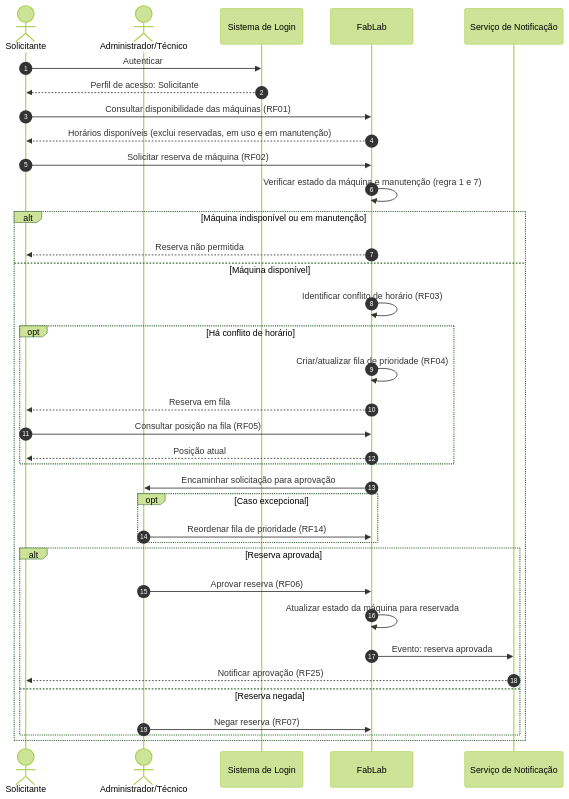
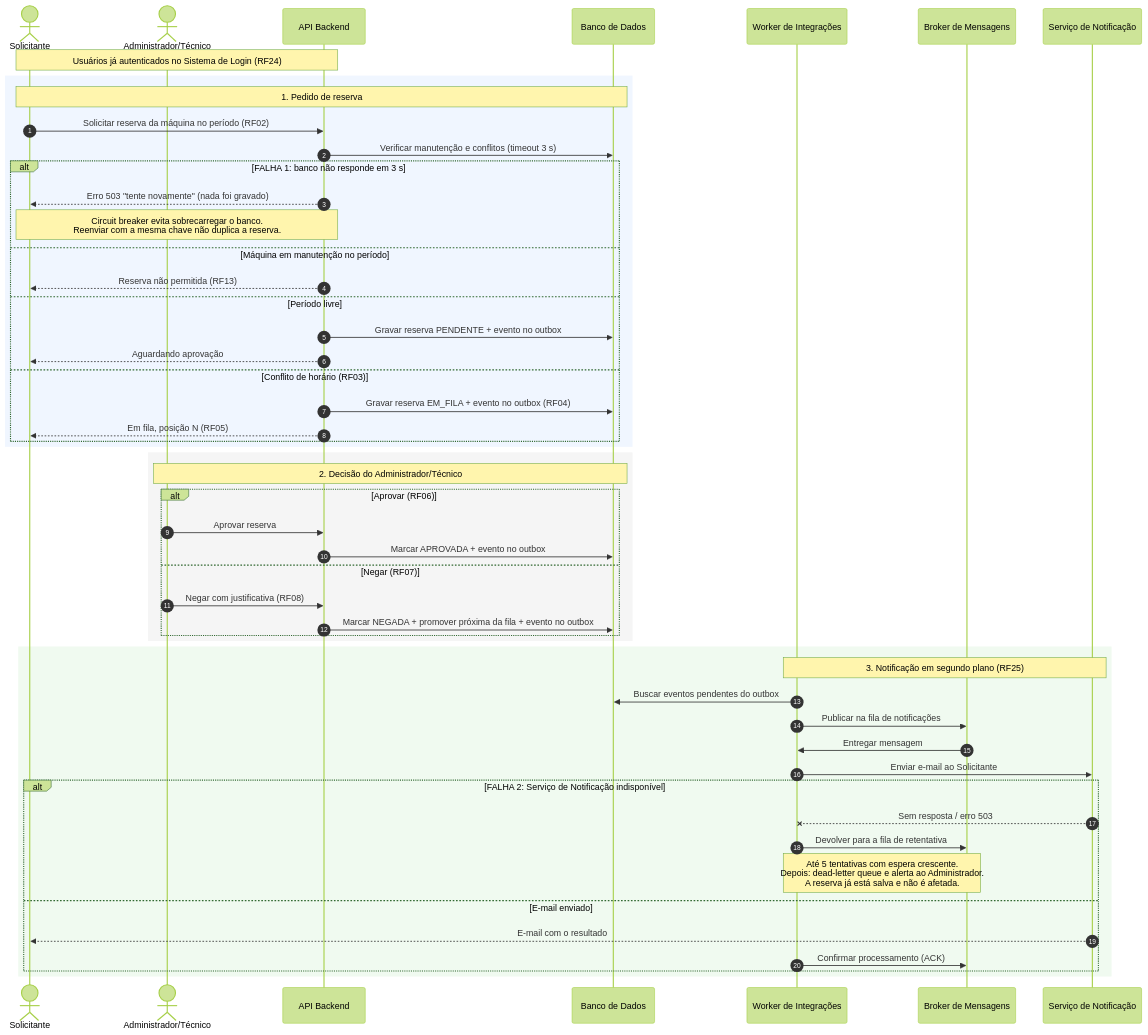
The fifth of 14 diagrams in Readme.md (Fe-76/diagramas), drawn with Mermaid (forest theme) before and after one commit. The commit also changed other lines of this file and 30 other files, not shown here.

````diff
--- a/Readme.md
+++ b/Readme.md
@@ -5,47 +167,60 @@
 ```mermaid
 sequenceDiagram
-autonumber
-actor Sol as Solicitante
-actor Adm as Administrador/Técnico
-participant Login as Sistema de Login
-participant Fab as FabLab
-participant Not as Serviço de Notificação
+    autonumber
+    actor Sol as Solicitante
+    actor Adm as Administrador/Técnico
+    participant API as API Backend
+    participant DB as Banco de Dados
+    participant Worker as Worker de Integrações
+    participant Broker as Broker de Mensagens
+    participant Not as Serviço de Notificação
 
-Sol->>Login: Autenticar
-Login-->>Sol: Perfil de acesso: Solicitante
+    Note over Sol,API: Usuários já autenticados no Sistema de Login (RF24)
 
-Sol->>Fab: Consultar disponibilidade das máquinas (RF01)
-Fab-->>Sol: Horários disponíveis (exclui reservadas, em uso e em manutenção)
+    rect rgb(240, 246, 255)
+    Note over Sol,DB: 1. Pedido de reserva
+    Sol->>API: Solicitar reserva da máquina no período (RF02)
+    API->>DB: Verificar manutenção e conflitos (timeout 3 s)
 
-Sol->>Fab: Solicitar reserva de máquina (RF02)
-Fab->>Fab: Verificar estado da máquina e manutenção (regra 1 e 7)
-
-alt Máquina indisponível ou em manutenção
-    Fab-->>Sol: Reserva não permitida
-else Máquina disponível
-    Fab->>Fab: Identificar conflito de horário (RF03)
-
-    opt Há conflito de horário
-        Fab->>Fab: Criar/atualizar fila de prioridade (RF04)
-        Fab-->>Sol: Reserva em fila
-        Sol->>Fab: Consultar posição na fila (RF05)
-        Fab-->>Sol: Posição atual
+    alt FALHA 1: banco não responde em 3 s
+        API-->>Sol: Erro 503 "tente novamente" (nada foi gravado)
+        Note over Sol,API: Circuit breaker evita sobrecarregar o banco.<br/>Reenviar com a mesma chave não duplica a reserva.
+    else Máquina em manutenção no período
+        API-->>Sol: Reserva não permitida (RF13)
+    else Período livre
+        API->>DB: Gravar reserva PENDENTE + evento no outbox
+        API-->>Sol: Aguardando aprovação
+    else Conflito de horário (RF03)
+        API->>DB: Gravar reserva EM_FILA + evento no outbox (RF04)
+        API-->>Sol: Em fila, posição N (RF05)
+    end
     end
 
-    Fab->>Adm: Encaminhar solicitação para aprovação
-
-    opt Caso excepcional
-        Adm->>Fab: Reordenar fila de prioridade (RF14)
+    rect rgb(245, 245, 245)
+    Note over Adm,DB: 2. Decisão do Administrador/Técnico
+    alt Aprovar (RF06)
+        Adm->>API: Aprovar reserva
+        API->>DB: Marcar APROVADA + evento no outbox
+    else Negar (RF07)
+        Adm->>API: Negar com justificativa (RF08)
+        API->>DB: Marcar NEGADA + promover próxima da fila + evento no outbox
+    end
     end
 
-    alt Reserva aprovada
-        Adm->>Fab: Aprovar reserva (RF06)
-        Fab->>Fab: Atualizar estado da máquina para reservada
-        Fab->>Not: Evento: reserva aprovada
-        Not-->>Sol: Notificar aprovação (RF25)
-    else Reserva negada
-        Adm->>Fab: Negar reserva (RF07)
-        %% >>> cole aqui o restante do seu diagrama <<<
+    rect rgb(240, 250, 240)
+    Note over Worker,Not: 3. Notificação em segundo plano (RF25)
+    Worker->>DB: Buscar eventos pendentes do outbox
+    Worker->>Broker: Publicar na fila de notificações
+    Broker->>Worker: Entregar mensagem
+    Worker->>Not: Enviar e-mail ao Solicitante
+
+    alt FALHA 2: Serviço de Notificação indisponível
+        Not--xWorker: Sem resposta / erro 503
+        Worker->>Broker: Devolver para a fila de retentativa
+        Note over Worker,Broker: Até 5 tentativas com espera crescente.<br/>Depois: dead-letter queue e alerta ao Administrador.<br/>A reserva já está salva e não é afetada.
+    else E-mail enviado
+        Not-->>Sol: E-mail com o resultado
+        Worker->>Broker: Confirmar processamento (ACK)
     end
-end
+    end
 ```
````
